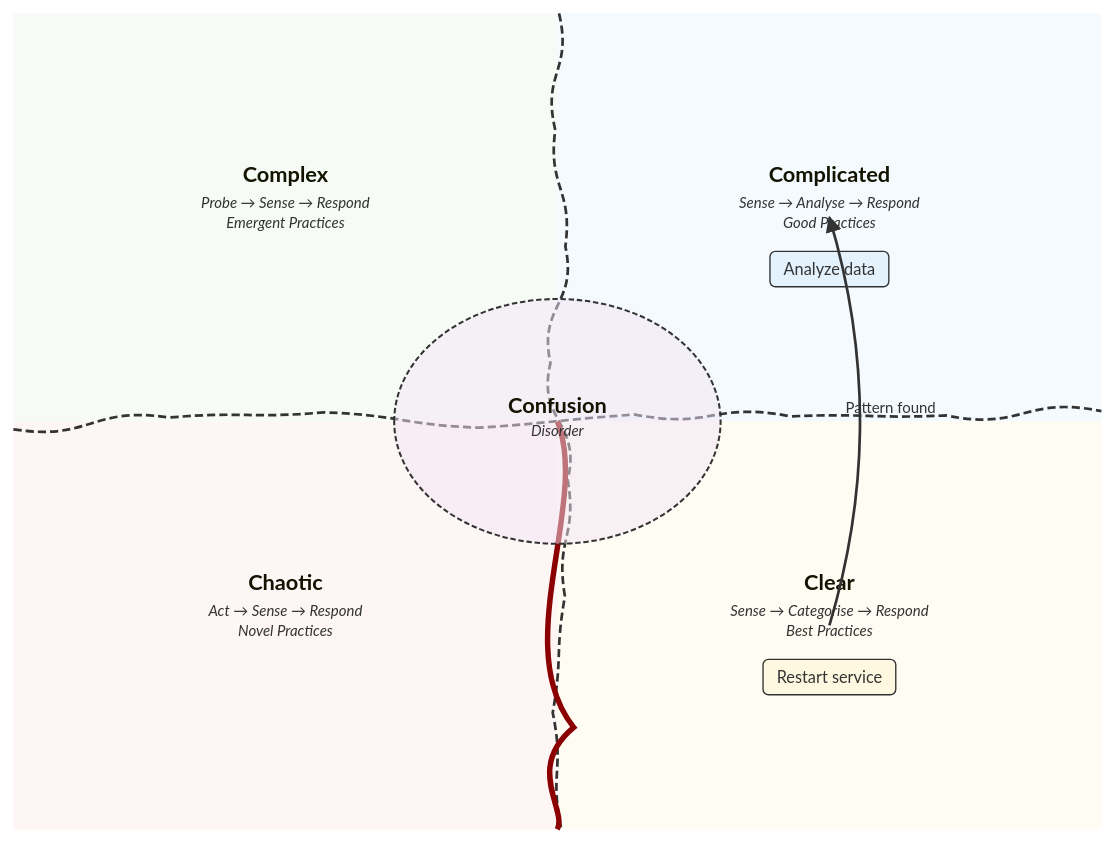
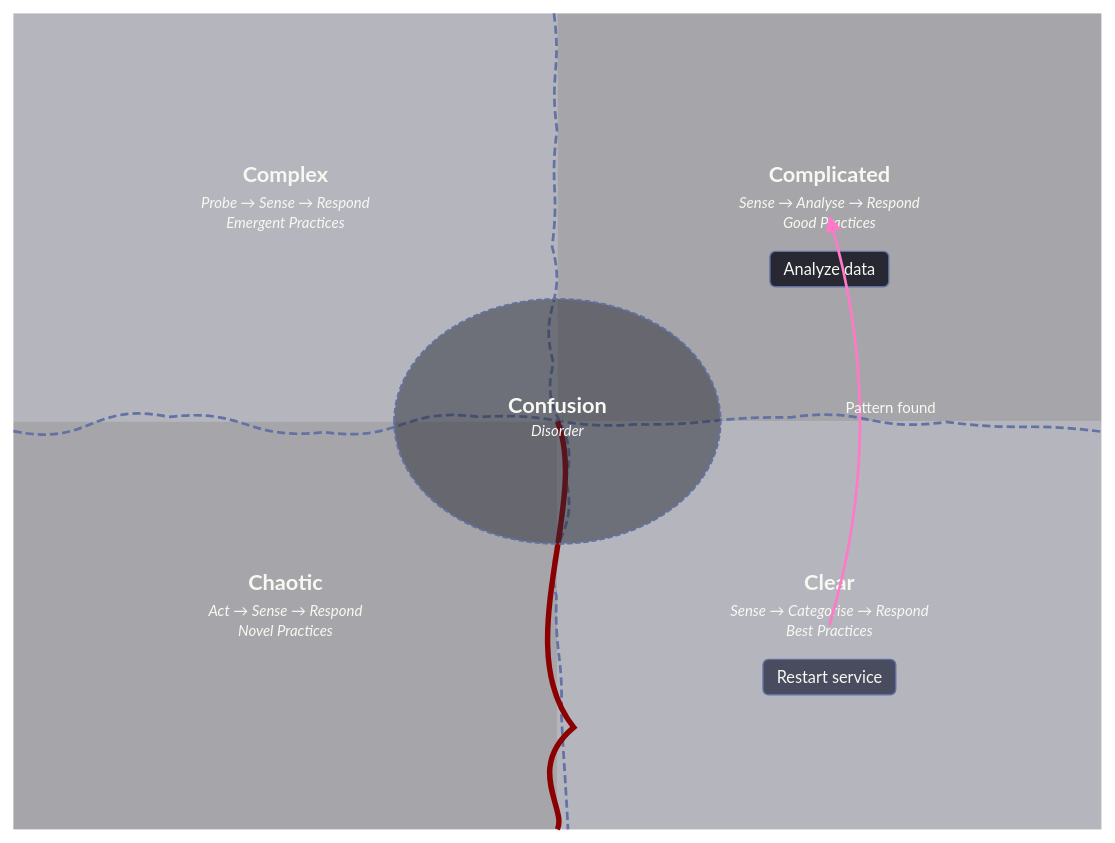
Before and after one commit to bsamiee/Rasm: diagram 19 of 25 in .claude/skills/mermaid-diagramming/references/syntax-extended.md, drawn with Mermaid. The commit also changed other lines of this file and 55 other files, not shown here.

````diff
--- a/.claude/skills/mermaid-diagramming/references/syntax-extended.md
+++ b/.claude/skills/mermaid-diagramming/references/syntax-extended.md
@@ -394,8 +491,25 @@
 ```mermaid
+---
+config:
+  theme: base
+  themeVariables:
+    darkMode: true
+    textColor: "#F8F8F2"
+    cynefin:
+      textColor: "#F8F8F2"
+      labelColor: "#F8F8F2"
+      boundaryColor: "#6272A4"
+      arrowColor: "#FF79C6"
+      complexBg: "#44475A"
+      complicatedBg: "#21222C"
+      clearBg: "#44475A"
+      chaoticBg: "#21222C"
+      confusionBg: "#282A36"
+---
 cynefin-beta
   clear
     "Restart service"
   complicated
     "Analyze data"
   clear --> complicated : "Pattern found"
 ```
````
